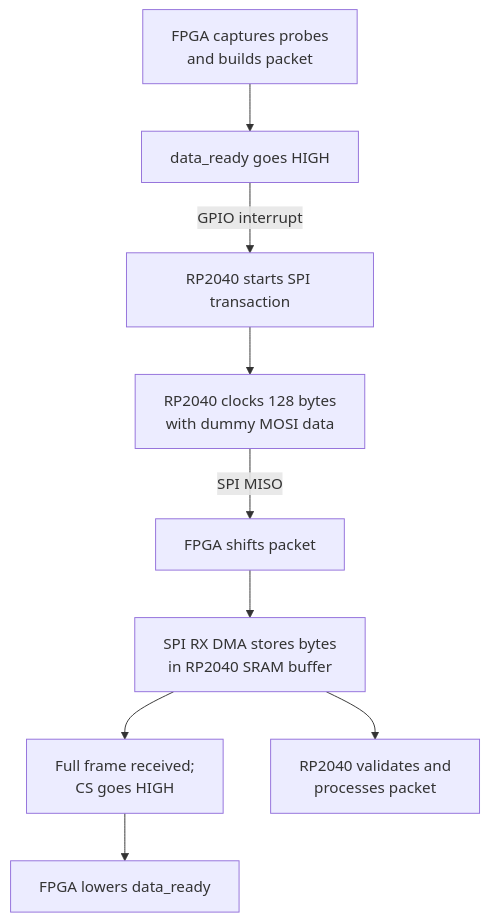
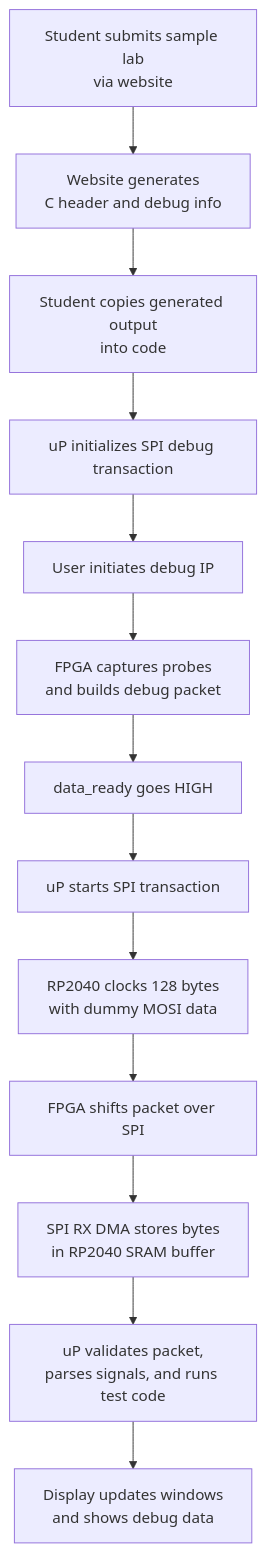
Before and after one commit to daphnecalin/pld-de10: the diagram in README.md, drawn with Mermaid. The commit also changed other lines of this file, not shown here.

````diff
--- a/README.md
+++ b/README.md
@@ -8,11 +22,23 @@
 ```mermaid
 flowchart TD
-    A["FPGA captures probes<br/>and builds packet"] --> B["data_ready goes HIGH"]
-    B -->|"GPIO interrupt"| C["RP2040 starts SPI transaction"]
-    C --> D["RP2040 clocks 128 bytes<br/>with dummy MOSI data"]
-    D -->|"SPI MISO"| E["FPGA shifts packet"]
-    E --> F["SPI RX DMA stores bytes<br/>in RP2040 SRAM buffer"]
-    F --> G["Full frame received;<br/>CS goes HIGH"]
-    G --> H["FPGA lowers data_ready"]
-    F --> I["RP2040 validates and<br/>processes packet"]
+    A["Student submits sample lab
+via website"] --> B["Website generates
+C header and debug info"]
+    B --> C["Student copies generated output
+into code"]
+    C --> D["uP initializes SPI debug transaction"]
+    D --> E["User initiates debug IP"]
+    E --> F["FPGA captures probes
+and builds debug packet"]
+    F --> G["data_ready goes HIGH"]
+    G --> H["uP starts SPI transaction"]
+    H --> I["RP2040 clocks 128 bytes
+with dummy MOSI data"]
+    I --> J["FPGA shifts packet over SPI"]
+    J --> K["SPI RX DMA stores bytes
+in RP2040 SRAM buffer"]
+    K --> L["uP validates packet,
+parses signals, and runs test code"]
+    L --> M["Display updates windows
+and shows debug data"]
 ```
````
